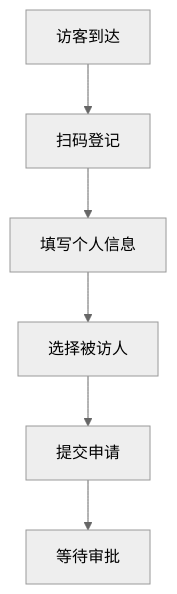
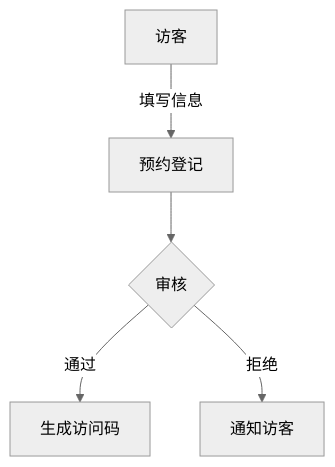
Before and after one commit to yuhaibao39/n8ndeploy: the first of 2 diagrams in devel/requirement.md, drawn with Mermaid (neutral theme). The commit also changed other lines of this file, not shown here.

````diff
--- a/devel/requirement.md
+++ b/devel/requirement.md
@@ -20,8 +23,7 @@
 ```mermaid
-flowchart TD
-    A[访客到达] --> B[扫码登记]
-    B --> C[填写个人信息]
-    C --> D[选择被访人]
-    D --> E[提交申请]
-    E --> F[等待审批]
+graph TD
+    A[访客] -->|填写信息| B[预约登记]
+    B --> C{审核}
+    C -->|通过| D[生成访问码]
+    C -->|拒绝| E[通知访客]
 ```
````
